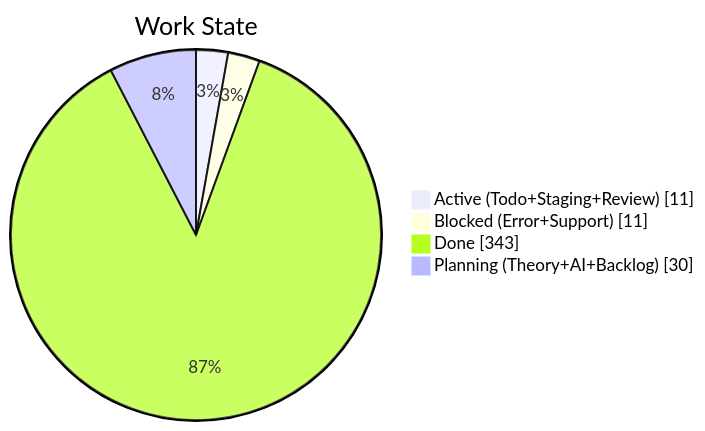
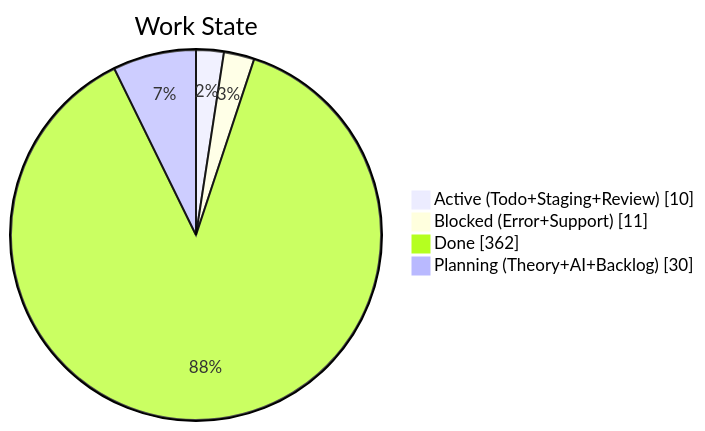
Before and after one commit to KBVE/kbve: the second of 4 diagrams in apps/kbve/astro-kbve/src/content/docs/dashboard/kanban.mdx, drawn with Mermaid. The commit also changed other lines of this file and 7 other files, not shown here.

````diff
--- a/apps/kbve/astro-kbve/src/content/docs/dashboard/kanban.mdx
+++ b/apps/kbve/astro-kbve/src/content/docs/dashboard/kanban.mdx
@@ -68,8 +68,8 @@
 ```mermaid
 pie showData
     title Work State
-    "Active (Todo+Staging+Review)" : 11
+    "Active (Todo+Staging+Review)" : 10
     "Blocked (Error+Support)" : 11
-    "Done" : 343
+    "Done" : 362
     "Planning (Theory+AI+Backlog)" : 30
 ```
````
